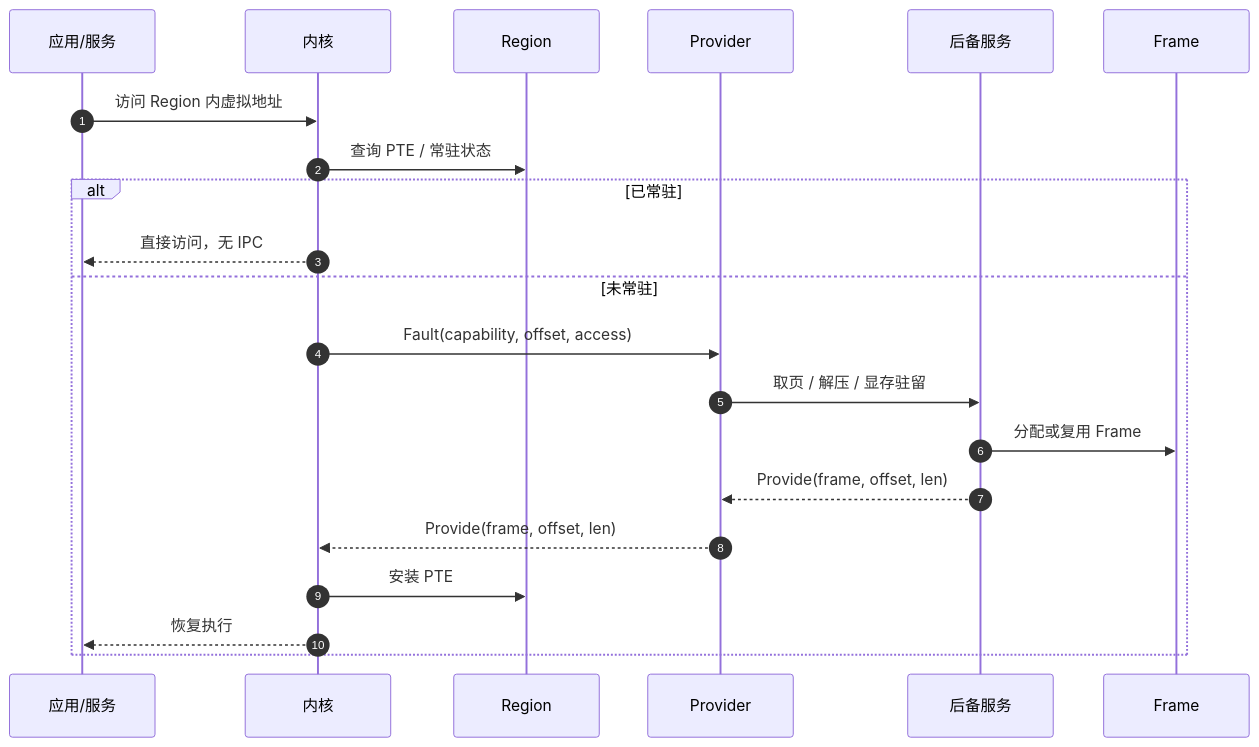
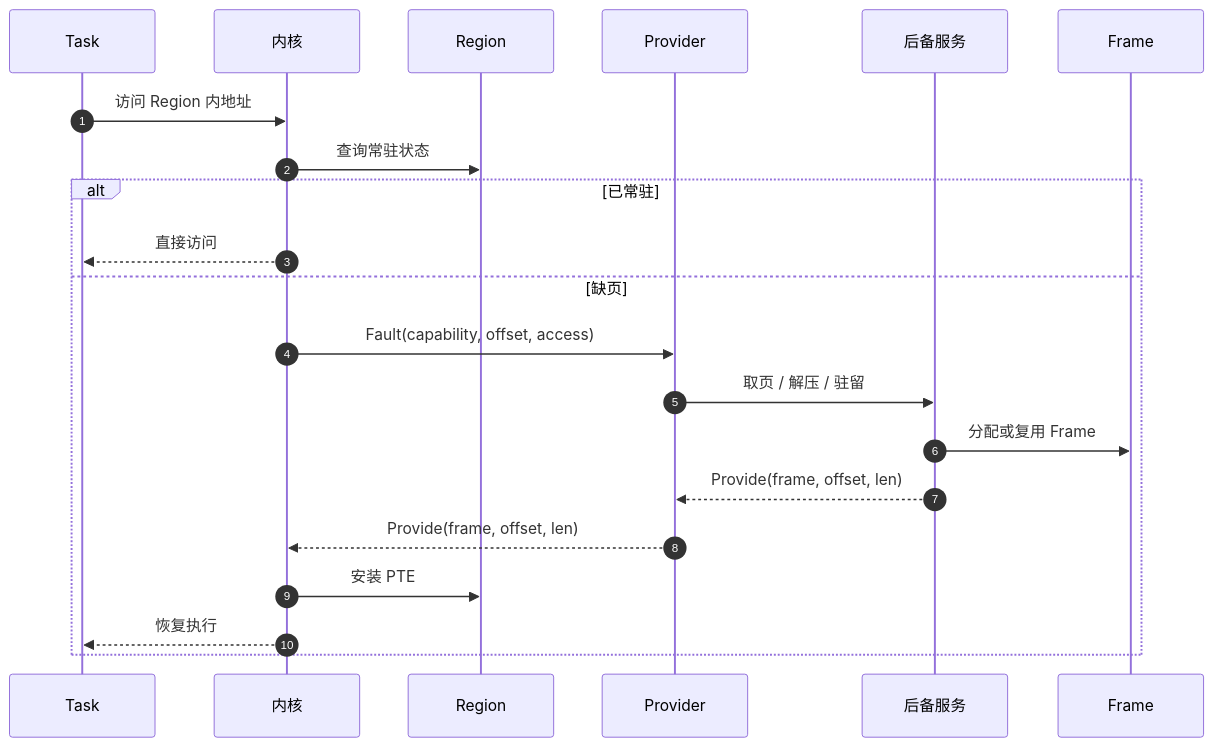
One commit to hongweifei/HolyKernel changed the second of 3 diagrams in docs/hmp.md. Above: the diagram before and after it, drawn with Mermaid. The commit also changed other lines of this file and 35 other files, not shown here.

````diff
--- a/docs/hmp.md
+++ b/docs/hmp.md
@@ -323,24 +249,24 @@
 ```mermaid
 sequenceDiagram
   autonumber
-  participant App as 应用/服务
+  participant Task as Task
   participant Kernel as 内核
   participant Region as Region
   participant Provider as Provider
   participant Store as 后备服务
   participant Frame as Frame
 
-  App->>Kernel: 访问 Region 内虚拟地址
-  Kernel->>Region: 查询 PTE / 常驻状态
+  Task->>Kernel: 访问 Region 内地址
+  Kernel->>Region: 查询常驻状态
   alt 已常驻
-    Kernel-->>App: 直接访问，无 IPC
-  else 未常驻
+    Kernel-->>Task: 直接访问
+  else 缺页
     Kernel->>Provider: Fault(capability, offset, access)
-    Provider->>Store: 取页 / 解压 / 显存驻留
+    Provider->>Store: 取页 / 解压 / 驻留
     Store->>Frame: 分配或复用 Frame
     Store-->>Provider: Provide(frame, offset, len)
     Provider-->>Kernel: Provide(frame, offset, len)
     Kernel->>Region: 安装 PTE
-    Kernel-->>App: 恢复执行
+    Kernel-->>Task: 恢复执行
   end
 ```
````
